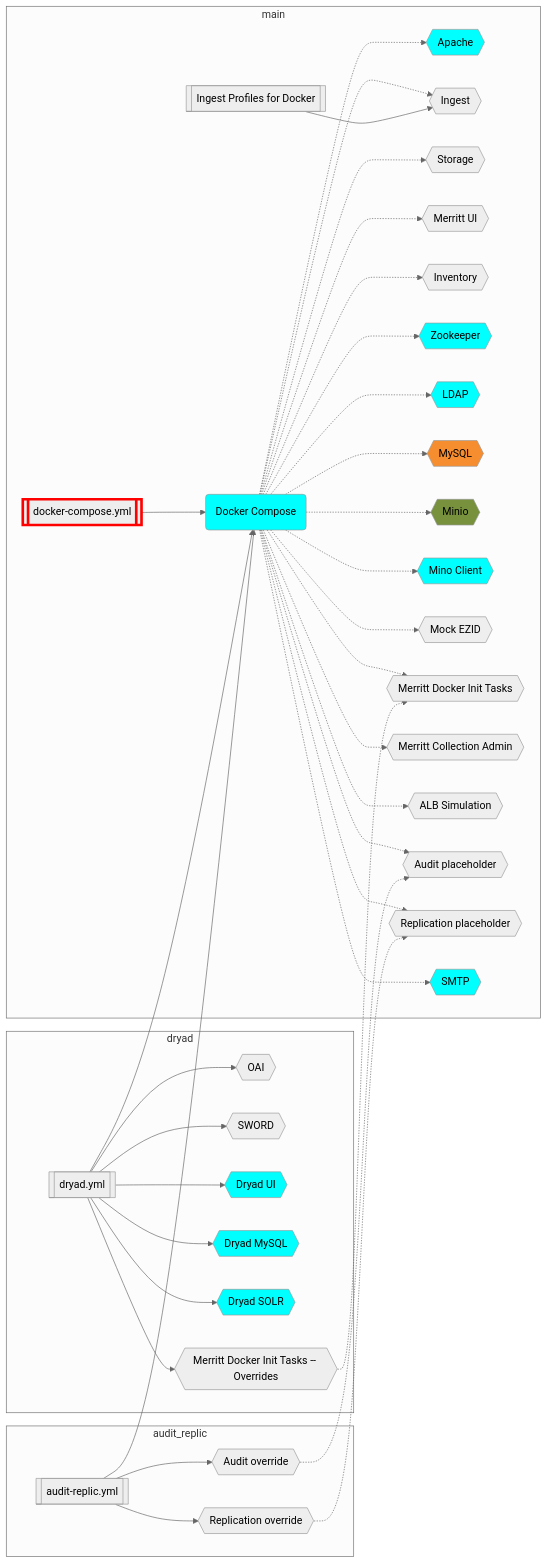
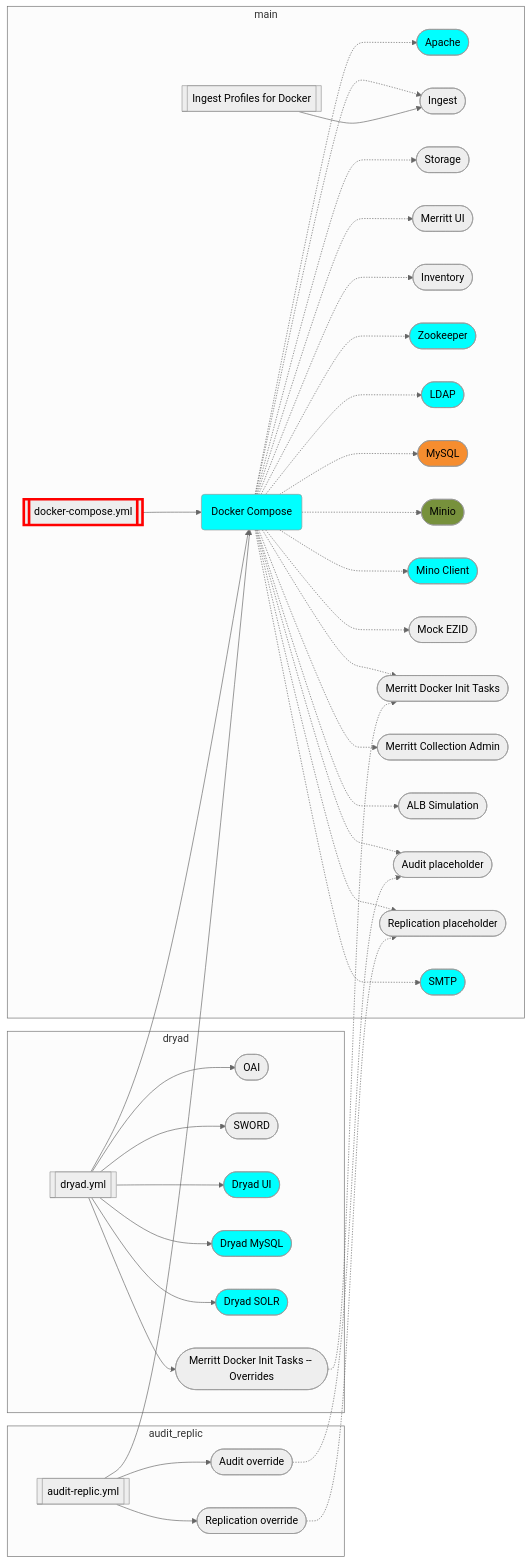
Before and after one commit to CDLUC3/mrt-doc: the diagram in diagrams/docker.mmd, drawn with Mermaid. The commit also changed 6 other files, not shown here.

```diff
--- a/diagrams/docker.mmd
+++ b/diagrams/docker.mmd
@@ -1,90 +1,90 @@
 %%{init: {'theme': 'neutral', 'securityLevel': 'loose'}}%%
 graph LR
   DOCKYML[[docker-compose.yml]]
   DOCK(Docker Compose)
-  APACHE{{Apache}}
-  ING{{Ingest}}
-  STORE{{Storage}}
-  UI{{Merritt UI}}
-  INV{{Inventory}}
-  ZOO{{Zookeeper}}
-  LDAP{{LDAP}}
-  MYSQL{{MySQL}}
-  MINIO{{Minio}}
-  MINIOMC{{Mino Client}}
-  EZID{{Mock EZID}}
-  INIT{{Merritt Docker Init Tasks}}
-  COLLADMIN{{Merritt Collection Admin}}
-  ALB{{ALB Simulation}}
-  AUDIT{{Audit placeholder}}
-  REPLIC{{Replication placeholder}}
-  SMTP{{SMTP}}
+  APACHE([Apache])
+  ING([Ingest])
+  STORE([Storage])
+  UI([Merritt UI])
+  INV([Inventory])
+  ZOO([Zookeeper])
+  LDAP([LDAP])
+  MYSQL([MySQL])
+  MINIO([Minio])
+  MINIOMC([Mino Client])
+  EZID([Mock EZID])
+  INIT([Merritt Docker Init Tasks])
+  COLLADMIN([Merritt Collection Admin])
+  ALB([ALB Simulation])
+  AUDIT([Audit placeholder])
+  REPLIC([Replication placeholder])
+  SMTP([SMTP])
   INPROF[[Ingest Profiles for Docker]]
 
   subgraph main
     DOCKYML --> DOCK
     DOCK -.-> APACHE
     DOCK -.-> ING
     DOCK -.-> STORE
     DOCK -.-> UI
     DOCK -.-> INV
     DOCK -.-> ZOO
     DOCK -.-> LDAP
     DOCK -.-> MYSQL
     DOCK -.-> MINIO
     DOCK -.-> MINIOMC
     DOCK -.-> EZID
     DOCK -.-> INIT
     DOCK -.-> COLLADMIN
     DOCK -.-> ALB
     DOCK -.-> AUDIT
     DOCK -.-> REPLIC
     DOCK -.-> SMTP
     INPROF --> ING
   end
 
   DRYADYML[[dryad.yml]]
-  OAI{{OAI}}
-  SWORD{{SWORD}}
-  DRYAD{{Dryad UI}}
-  DRYADMYSQL{{Dryad MySQL}}
-  SOLR{{Dryad SOLR}}
-  DRYINIT{{Merritt Docker Init Tasks -- Overrides}}
+  OAI([OAI])
+  SWORD([SWORD])
+  DRYAD([Dryad UI])
+  DRYADMYSQL([Dryad MySQL])
+  SOLR([Dryad SOLR])
+  DRYINIT([Merritt Docker Init Tasks -- Overrides])
   DRYADYML --> DOCK
 
   subgraph dryad
     DRYADYML --> OAI
     DRYADYML --> SWORD
     DRYADYML --> DRYAD
     DRYADYML --> DRYADMYSQL
     DRYADYML --> SOLR
     DRYADYML --> DRYINIT
   end
 
   ARYML[[audit-replic.yml]]
-  AUDIT2{{Audit override}}
-  REPLIC2{{Replication override}}
+  AUDIT2([Audit override])
+  REPLIC2([Replication override])
   ARYML --> DOCK
 
   subgraph audit_replic
     ARYML --> AUDIT2
     ARYML --> REPLIC2
   end
 
   AUDIT2 -.-> AUDIT
   REPLIC2 -.-> REPLIC
   DRYINIT -.-> INIT
 
   style DOCKYML stroke:red,stroke-width:4px
   style DOCK fill:cyan
   style APACHE fill:cyan
   style ZOO fill:cyan
   style LDAP fill:cyan
   style MINIO fill:cyan
   style MINIOMC fill:cyan
   style SMTP fill:cyan
   style DRYAD fill:cyan
   style DRYADMYSQL fill:cyan
   style SOLR fill:cyan
   style MINIO fill:#77913C
   style MYSQL fill:#F68D2F
```
